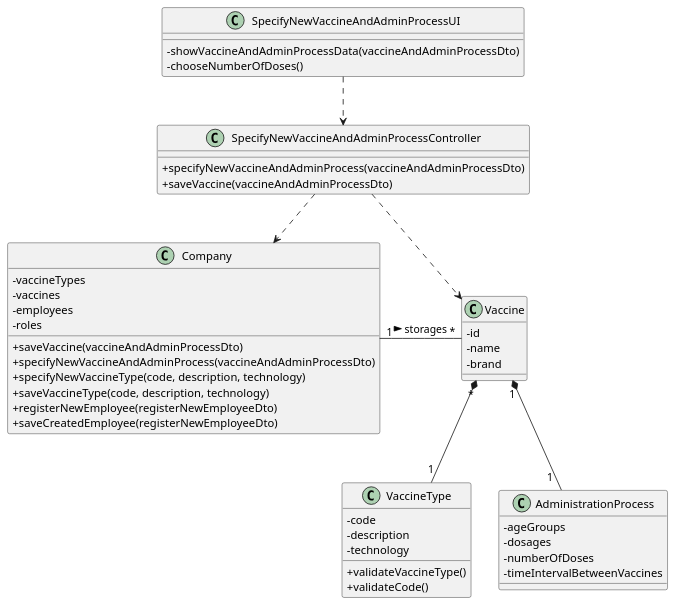
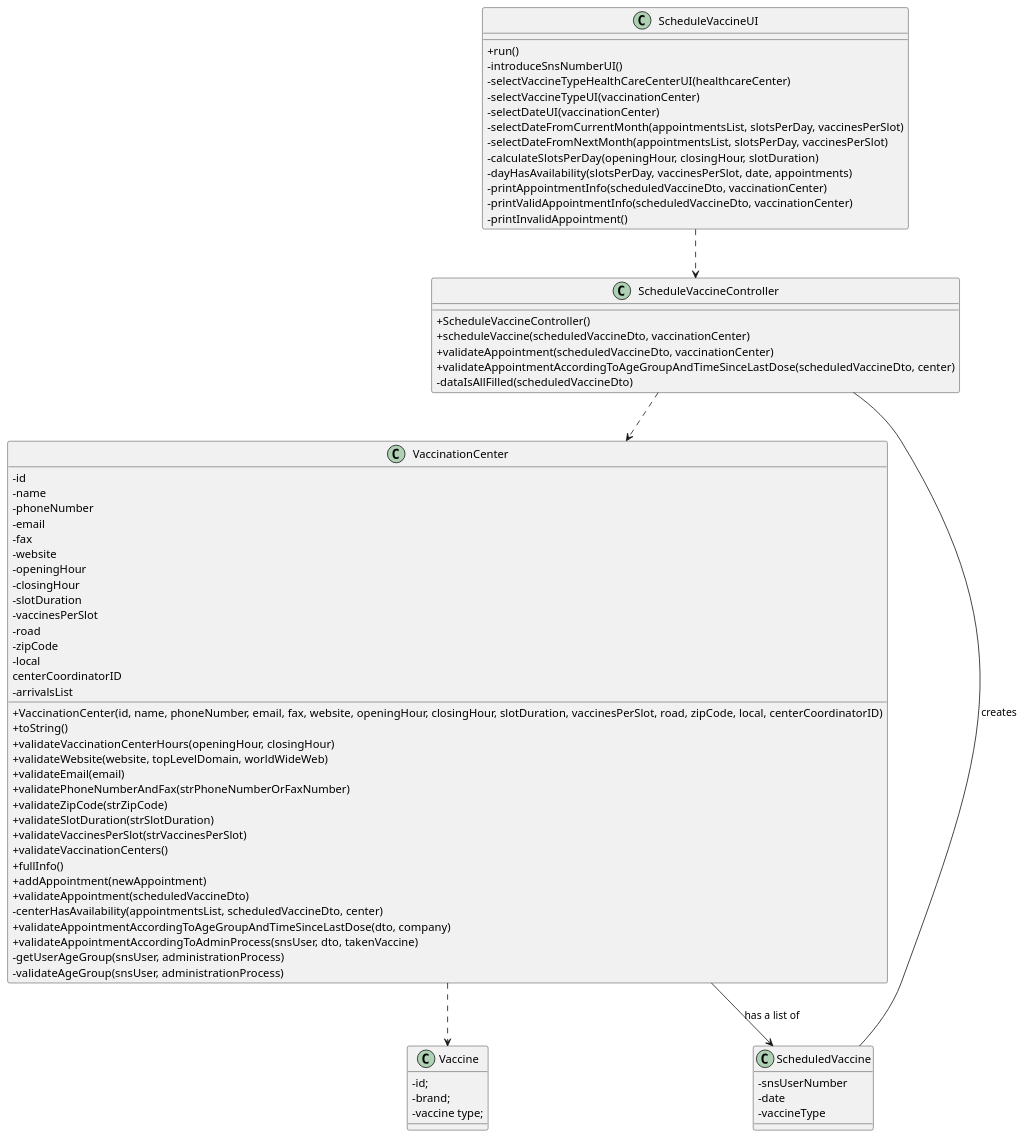
Before and after one commit to Pirussa/lei-22-s2-1da-g02: the diagram in docs/SprintC/US002/US002_CD.puml, drawn with PlantUML. The commit also changed 2 other files, not shown here.

```diff
--- a/docs/SprintC/US002/US002_CD.puml
+++ b/docs/SprintC/US002/US002_CD.puml
@@ -1,57 +1,82 @@
 @startuml
 skinparam classAttributeIconSize 0
 
-class SpecifyNewVaccineAndAdminProcessUI {
--showVaccineAndAdminProcessData(vaccineAndAdminProcessDto)
--chooseNumberOfDoses()
+class ScheduleVaccineUI {
++run()
+-introduceSnsNumberUI()
+-selectVaccineTypeHealthCareCenterUI(healthcareCenter)
+-selectVaccineTypeUI(vaccinationCenter)
+-selectDateUI(vaccinationCenter)
+-selectDateFromCurrentMonth(appointmentsList, slotsPerDay, vaccinesPerSlot)
+-selectDateFromNextMonth(appointmentsList, slotsPerDay, vaccinesPerSlot)
+-calculateSlotsPerDay(openingHour, closingHour, slotDuration)
+-dayHasAvailability(slotsPerDay, vaccinesPerSlot, date, appointments)
+-printAppointmentInfo(scheduledVaccineDto, vaccinationCenter)
+-printValidAppointmentInfo(scheduledVaccineDto, vaccinationCenter)
+-printInvalidAppointment()
 }
 
-class SpecifyNewVaccineAndAdminProcessController {
-+specifyNewVaccineAndAdminProcess(vaccineAndAdminProcessDto)
-+saveVaccine(vaccineAndAdminProcessDto)
+class ScheduleVaccineController {
++ScheduleVaccineController()
++scheduleVaccine(scheduledVaccineDto, vaccinationCenter)
++validateAppointment(scheduledVaccineDto, vaccinationCenter)
++validateAppointmentAccordingToAgeGroupAndTimeSinceLastDose(scheduledVaccineDto, center)
+-dataIsAllFilled(scheduledVaccineDto)
 }
 
-class Company {
--vaccineTypes
--vaccines
--employees
--roles
-+saveVaccine(vaccineAndAdminProcessDto)
-+specifyNewVaccineAndAdminProcess(vaccineAndAdminProcessDto)
-+specifyNewVaccineType(code, description, technology)
-+saveVaccineType(code, description, technology)
-+registerNewEmployee(registerNewEmployeeDto)
-+saveCreatedEmployee(registerNewEmployeeDto)
+
+class VaccinationCenter {
+-id
+-name
+-phoneNumber
+-email
+-fax
+-website
+-openingHour
+-closingHour
+-slotDuration
+-vaccinesPerSlot
+-road
+-zipCode
+-local
+centerCoordinatorID
+-arrivalsList
++VaccinationCenter(id, name, phoneNumber, email, fax, website, openingHour, closingHour, slotDuration, vaccinesPerSlot, road, zipCode, local, centerCoordinatorID)
++toString()
++validateVaccinationCenterHours(openingHour, closingHour)
++validateWebsite(website, topLevelDomain, worldWideWeb)
++validateEmail(email)
++validatePhoneNumberAndFax(strPhoneNumberOrFaxNumber)
++validateZipCode(strZipCode)
++validateSlotDuration(strSlotDuration)
++validateVaccinesPerSlot(strVaccinesPerSlot)
++validateVaccinationCenters()
++fullInfo()
++addAppointment(newAppointment)
++validateAppointment(scheduledVaccineDto)
+-centerHasAvailability(appointmentsList, scheduledVaccineDto, center)
++validateAppointmentAccordingToAgeGroupAndTimeSinceLastDose(dto, company)
++validateAppointmentAccordingToAdminProcess(snsUser, dto, takenVaccine)
+-getUserAgeGroup(snsUser, administrationProcess)
+-validateAgeGroup(snsUser, administrationProcess)
 }
 
-class Vaccine{
--id
--name
--brand
-
-}
-class VaccineType {
--code
--description
--technology
-+validateVaccineType()
-+validateCode()
+class Vaccine {
+-id;
+-brand;
+-vaccine type;
 }
 
-class AdministrationProcess {
--ageGroups
--dosages
--numberOfDoses
--timeIntervalBetweenVaccines
+ class ScheduledVaccine {
+ -snsUserNumber
+ -date
+ -vaccineType
 
-}
+ }
 
-SpecifyNewVaccineAndAdminProcessUI ..> SpecifyNewVaccineAndAdminProcessController
-SpecifyNewVaccineAndAdminProcessController ..> Company
-Company "1" - "*" Vaccine : storages >
-SpecifyNewVaccineAndAdminProcessController ..> Vaccine
-Vaccine "*" *-- "1" VaccineType
-Vaccine "1" *-- "1  " AdministrationProcess
-
-
+ScheduleVaccineUI ..> ScheduleVaccineController
+ScheduleVaccineController ..> VaccinationCenter
+ScheduleVaccineController -- ScheduledVaccine : creates
+VaccinationCenter ..> Vaccine
+VaccinationCenter --> ScheduledVaccine : has a list of
 @enduml
```
